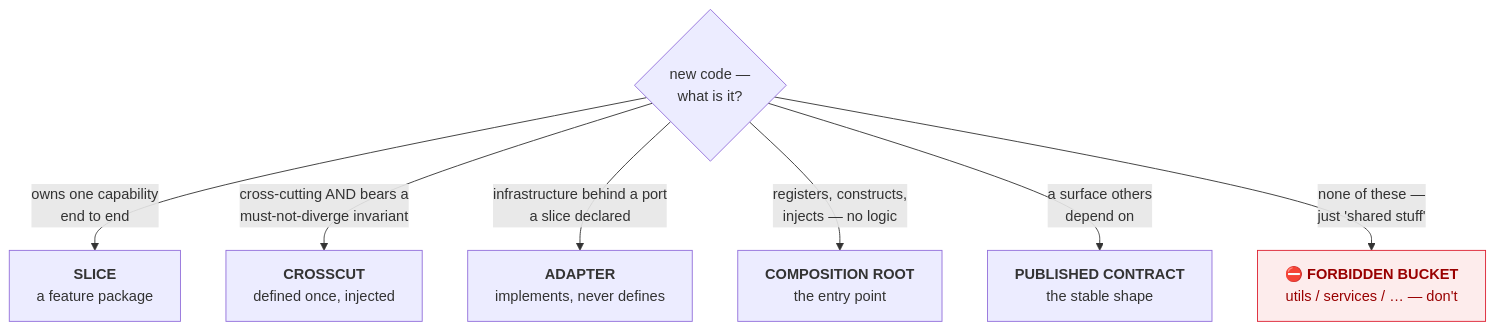
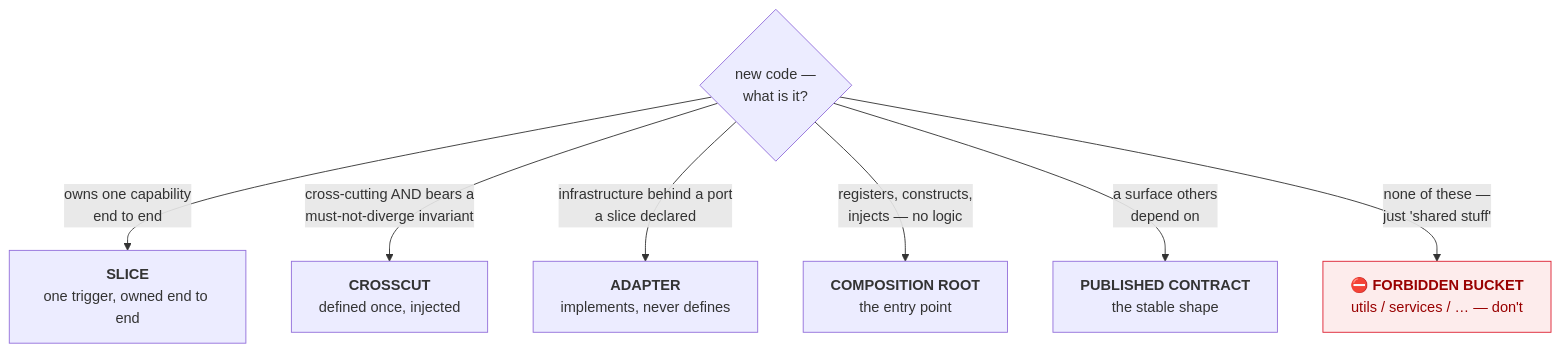
The first of 2 diagrams in CONVENTIONS.md (throw-if-null/coral), drawn with Mermaid before and after one commit. The commit also changed other lines of this file and 9 other files, not shown here.

First line of the commit message:
Move state ownership from the slice to the feature package

````diff
--- a/CONVENTIONS.md
+++ b/CONVENTIONS.md
@@ -123,12 +124,12 @@
 ```mermaid
 flowchart TD
   Q{"new code —<br/>what is it?"}
-  Q -->|"owns one capability<br/>end to end"| SLICE["<b>SLICE</b><br/>a feature package"]
+  Q -->|"owns one capability<br/>end to end"| SLICE["<b>SLICE</b><br/>one trigger, owned end to end"]
   Q -->|"cross-cutting AND bears a<br/>must-not-diverge invariant"| XC["<b>CROSSCUT</b><br/>defined once, injected"]
   Q -->|"infrastructure behind a port<br/>a slice declared"| AD["<b>ADAPTER</b><br/>implements, never defines"]
   Q -->|"registers, constructs,<br/>injects — no logic"| ROOT["<b>COMPOSITION ROOT</b><br/>the entry point"]
   Q -->|"a surface others<br/>depend on"| CT["<b>PUBLISHED CONTRACT</b><br/>the stable shape"]
   Q -->|"none of these —<br/>just 'shared stuff'"| BAD["⛔ <b>FORBIDDEN BUCKET</b><br/>utils / services / … — don't"]
   class BAD bad
   classDef bad fill:#fdecec,stroke:#d23,color:#900
 ```
````
